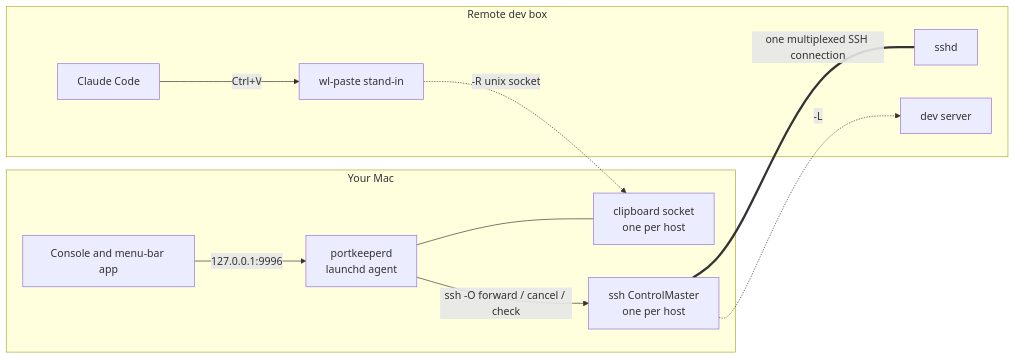
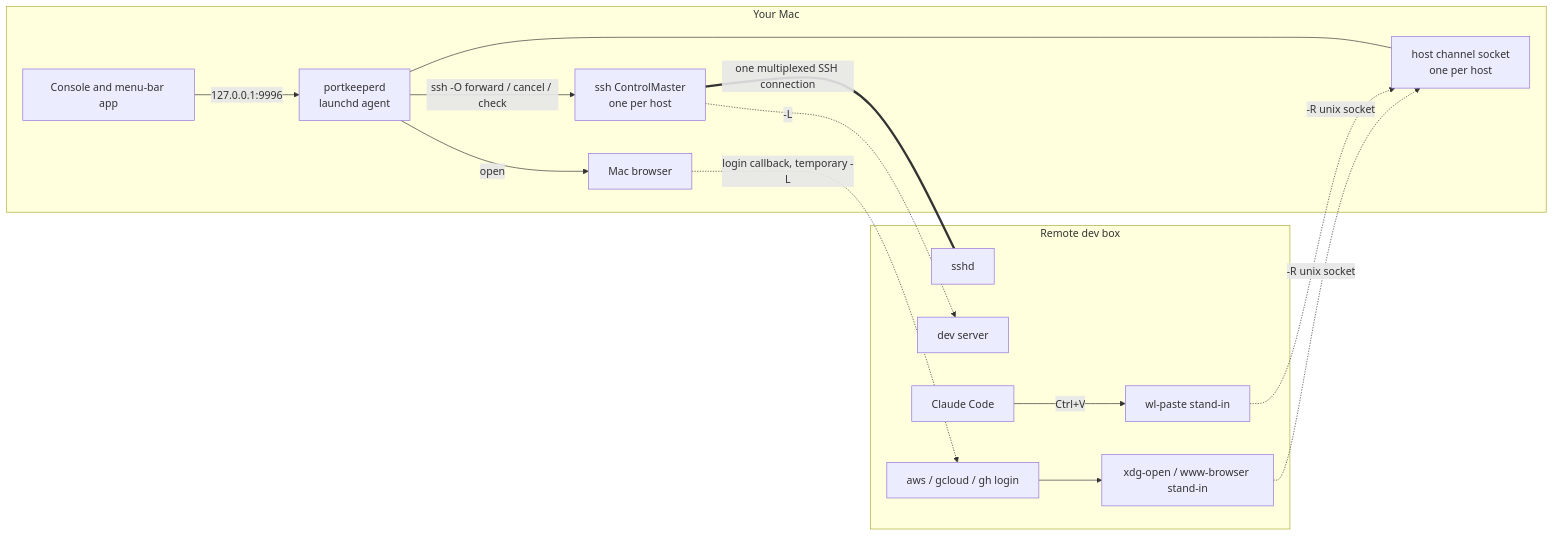
One commit to johnlofty/portkeeper changed the diagram in README.md. Above: the diagram before and after it, drawn with Mermaid. The commit also changed other lines of this file and 11 other files, not shown here.

First line of the commit message:
browser login: CLI logins on a remote host open in the Mac's browser

````diff
--- a/README.md
+++ b/README.md
@@ -78,24 +113,31 @@
 ```mermaid
 flowchart LR
     subgraph mac["Your Mac"]
         ui["Console and menu-bar app"]
         daemon["portkeeperd<br/>launchd agent"]
-        clip["clipboard socket<br/>one per host"]
+        clip["host channel socket<br/>one per host"]
+        browser["Mac browser"]
         master["ssh ControlMaster<br/>one per host"]
     end
 
     subgraph remote["Remote dev box"]
         sshd["sshd"]
         dev["dev server"]
         claude["Claude Code"]
         shim["wl-paste stand-in"]
+        login["aws / gcloud / gh login"]
+        open["xdg-open / www-browser stand-in"]
     end
 
     ui -->|"127.0.0.1:9996"| daemon
     daemon -->|"ssh -O forward / cancel / check"| master
     daemon --- clip
     master ===|"one multiplexed SSH connection"| sshd
     master -.->|"-L"| dev
     claude -->|"Ctrl+V"| shim
     shim -.->|"-R unix socket"| clip
+    login --> open
+    open -.->|"-R unix socket"| clip
+    daemon -->|"open"| browser
+    browser -.->|"login callback, temporary -L"| login
 ```
````
